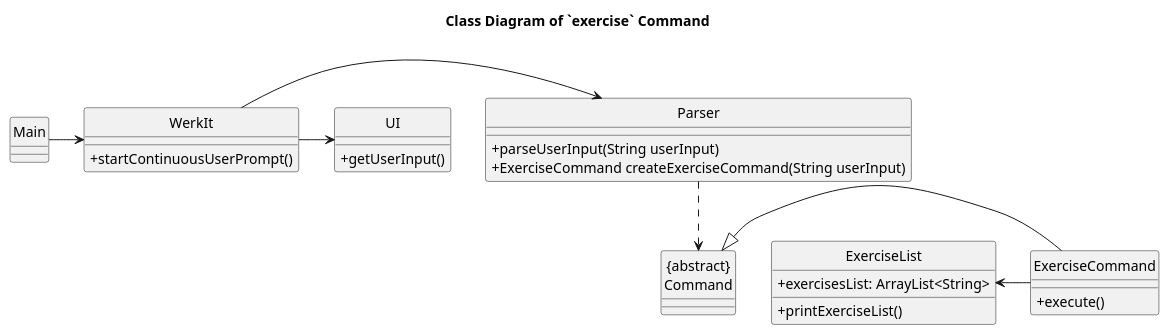
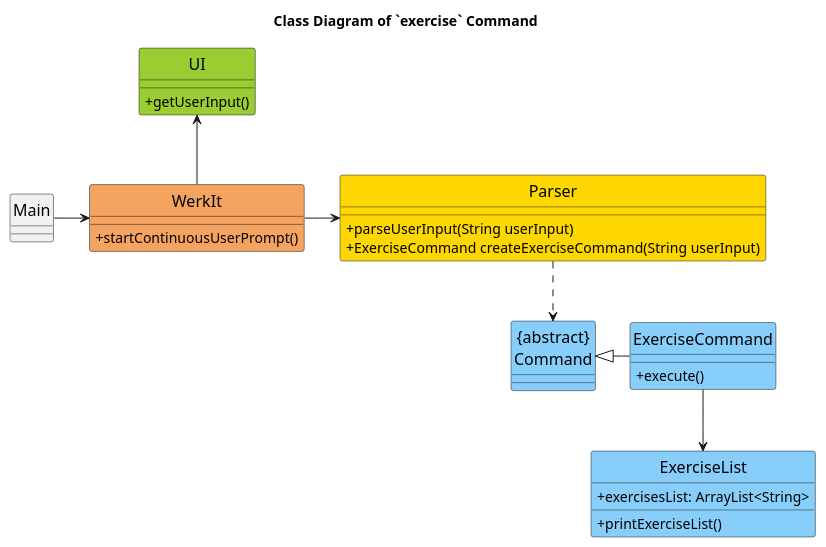
Before and after one commit to nus-cs2113-AY2122S2/tp: the diagram in docs/uml/classDiagrams/exercise.puml, drawn with PlantUML. The commit also changed 2 other files, not shown here.

Commit message:
Update diagrams for DG

```diff
--- a/docs/uml/classDiagrams/exercise.puml
+++ b/docs/uml/classDiagrams/exercise.puml
@@ -1,41 +1,44 @@
 @startuml
 'https://plantuml.com/class-diagram
 hide circle
 skinparam classAttributeIconSize 0
+skinparam classFontSize 16
 title Class Diagram of `exercise` Command
 Main -> WerkIt
 WerkIt -> Parser
-WerkIt -> UI
-ExerciseList <- ExerciseCommand
+WerkIt -up-> UI
+ExerciseList <-up- ExerciseCommand
 "{abstract}\nCommand" <|- ExerciseCommand
-
-
-Parser ..> "{abstract}\nCommand"
-class WerkIt {
-+ startContinuousUserPrompt()
-}
-
 
 class Main {
 
 }
+Parser ..> "{abstract}\nCommand"
+class WerkIt #Sandybrown {
++ startContinuousUserPrompt()
+}
 
-class ExerciseCommand {
+class "{abstract}\nCommand" #LightSkyBlue {
+}
+
+
+
+class ExerciseCommand #LightSkyBlue {
 + execute()
 }
 
-class UI {
+class UI #YellowGreen {
 + getUserInput()
 }
 
-class Parser {
+class Parser #Gold {
 + parseUserInput(String userInput)
 + ExerciseCommand createExerciseCommand(String userInput)
 }
 
-class ExerciseList {
+class ExerciseList #LightSkyBlue {
 + exercisesList: ArrayList<String>
 + printExerciseList()
 }
 
 @enduml
```
